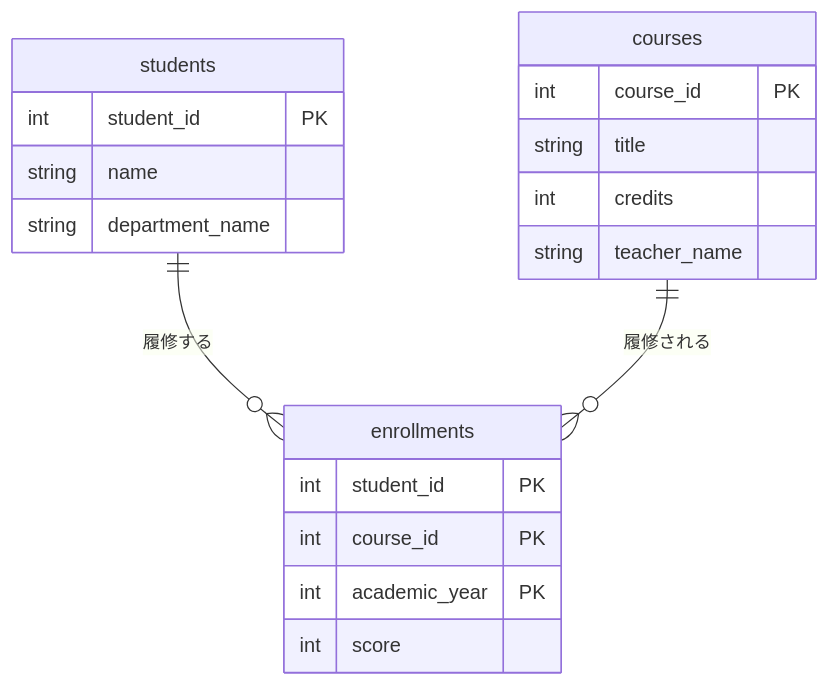
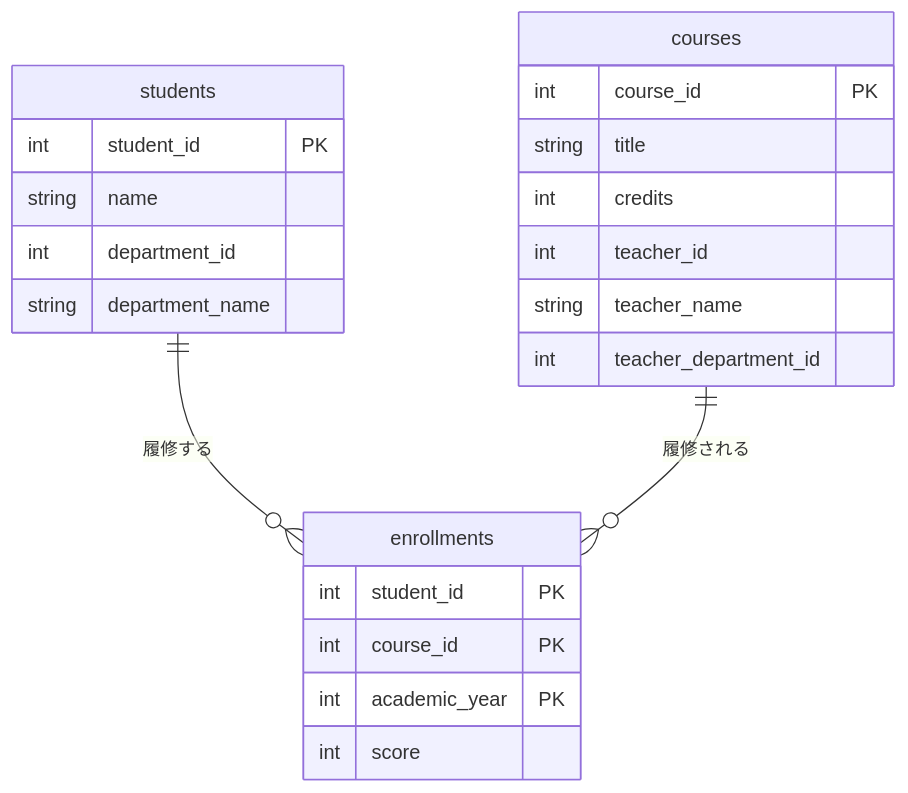
The third of 6 diagrams in データベース/05_正規化.md (YTS0418/PRMN_SYSTEM_Lecture), drawn with Mermaid before and after one commit. The commit also changed other lines of this file, not shown here.

````diff
--- a/データベース/05_正規化.md
+++ b/データベース/05_正規化.md
@@ -183,23 +211,26 @@
 ```mermaid
 erDiagram
     students ||--o{ enrollments : "履修する"
     courses ||--o{ enrollments : "履修される"
 
     students {
         int student_id PK
         string name
+        int department_id
         string department_name
     }
     courses {
         int course_id PK
         string title
         int credits
+        int teacher_id
         string teacher_name
+        int teacher_department_id
     }
     enrollments {
         int student_id PK
         int course_id PK
         int academic_year PK
         int score
     }
 ```
````
